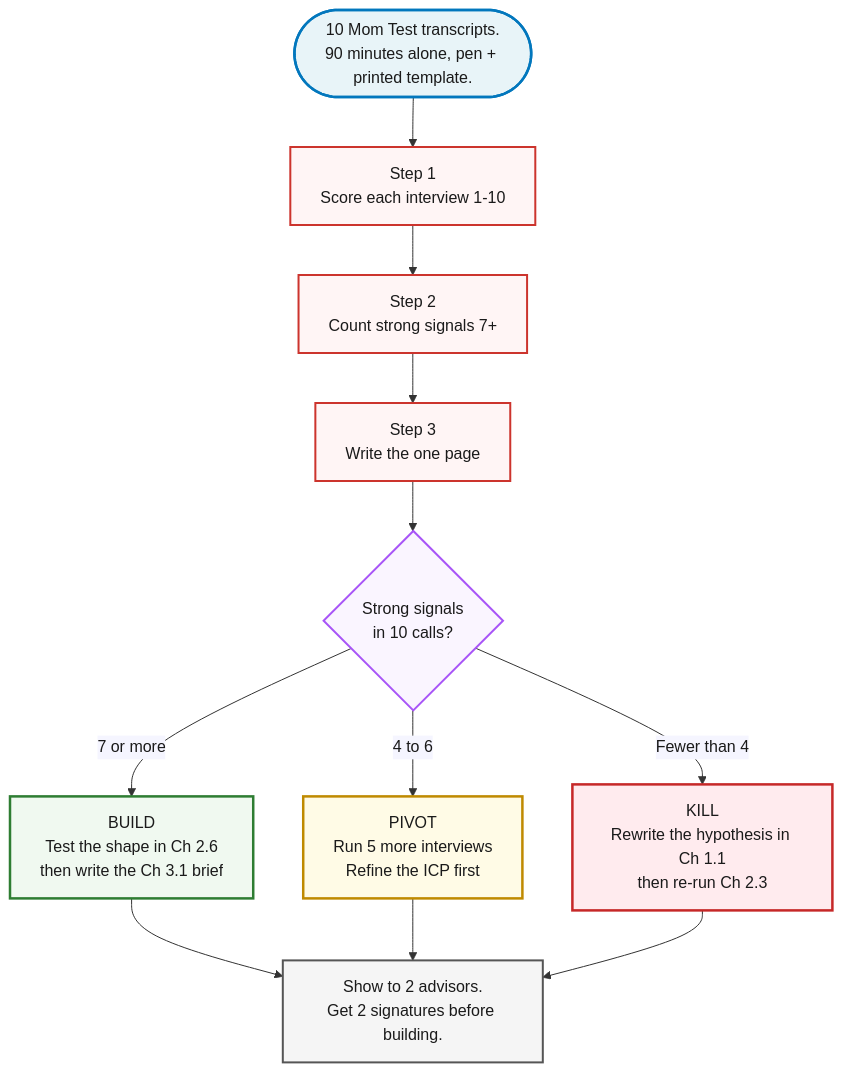
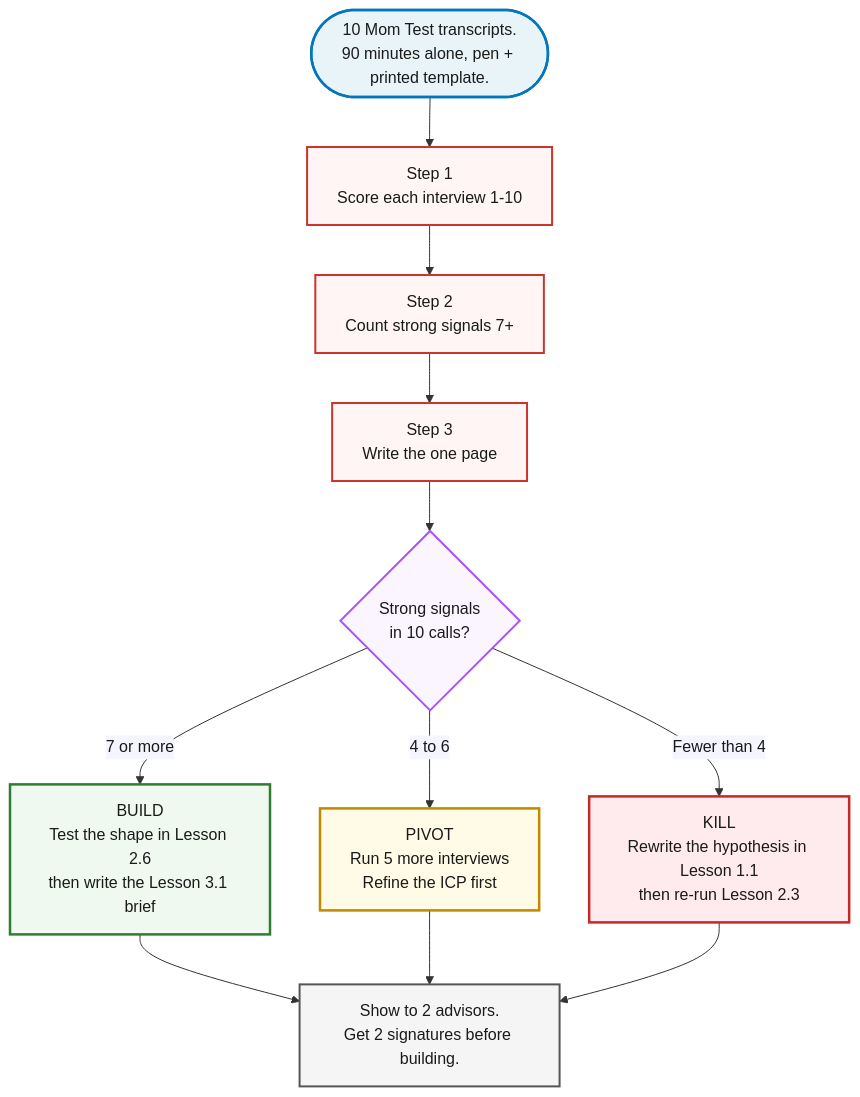
Before and after one commit to jetthoughts/jetthoughts.github.io: the diagram in content/course/tech-for-non-technical-founders-2026/mom-test-synthesis-build-pivot-kill/index.md, drawn with Mermaid. The commit also changed other lines of this file and 56 other files, not shown here.

````diff
--- a/content/course/tech-for-non-technical-founders-2026/mom-test-synthesis-build-pivot-kill/index.md
+++ b/content/course/tech-for-non-technical-founders-2026/mom-test-synthesis-build-pivot-kill/index.md
@@ -64,31 +64,31 @@
 ```mermaid
 %%{init: {'theme':'base', 'themeVariables': {'fontFamily':'Caveat, Patrick Hand, Comic Sans MS, cursive', 'primaryColor':'#fff5f5', 'primaryBorderColor':'#cc342d', 'lineColor':'#333', 'primaryTextColor':'#1a1a1a'}}}%%
 flowchart TD
     Start(["10 Mom Test transcripts.<br/>90 minutes alone, pen + printed template."])
     Start --> S1[Step 1<br/>Score each interview 1-10]
     S1 --> S2[Step 2<br/>Count strong signals 7+]
     S2 --> S3[Step 3<br/>Write the one page]
     S3 --> S4{Strong signals<br/>in 10 calls?}
-    S4 -->|7 or more| Build[BUILD<br/>Test the shape in Ch 2.6<br/>then write the Ch 3.1 brief]
+    S4 -->|7 or more| Build[BUILD<br/>Test the shape in Lesson 2.6<br/>then write the Lesson 3.1 brief]
     S4 -->|4 to 6| Pivot[PIVOT<br/>Run 5 more interviews<br/>Refine the ICP first]
-    S4 -->|Fewer than 4| Kill[KILL<br/>Rewrite the hypothesis in Ch 1.1<br/>then re-run Ch 2.3]
+    S4 -->|Fewer than 4| Kill[KILL<br/>Rewrite the hypothesis in Lesson 1.1<br/>then re-run Lesson 2.3]
     Build --> Sign[Show to 2 advisors.<br/>Get 2 signatures before building.]
     Pivot --> Sign
     Kill --> Sign
 
     classDef start fill:#e8f4f8,stroke:#0277bd,stroke-width:2.5px,color:#1a1a1a
     classDef step fill:#fff5f5,stroke:#cc342d,stroke-width:2px,color:#1a1a1a
     classDef decision fill:#faf5ff,stroke:#a855f7,stroke-width:2px,color:#1a1a1a
     classDef build fill:#f0f9f0,stroke:#2e7d32,stroke-width:2.5px,color:#1a1a1a
     classDef pivot fill:#fffbe6,stroke:#bf8a00,stroke-width:2.5px,color:#1a1a1a
     classDef kill fill:#ffebee,stroke:#c62828,stroke-width:2.5px,color:#1a1a1a
     classDef sign fill:#f5f5f5,stroke:#555,stroke-width:2px,color:#1a1a1a
 
     class Start start
     class S1,S2,S3 step
     class S4 decision
     class Build build
     class Pivot pivot
     class Kill kill
     class Sign sign
 ```
````
